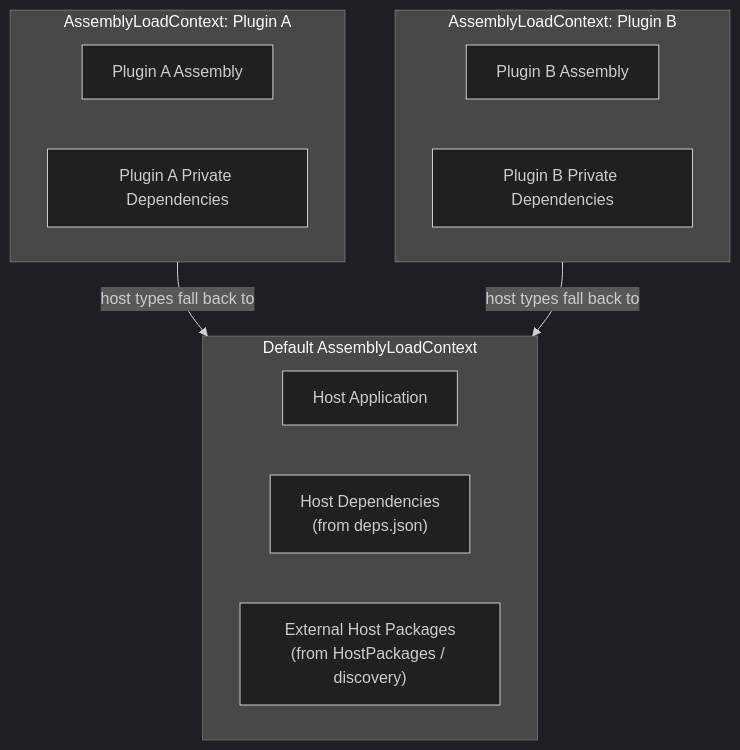
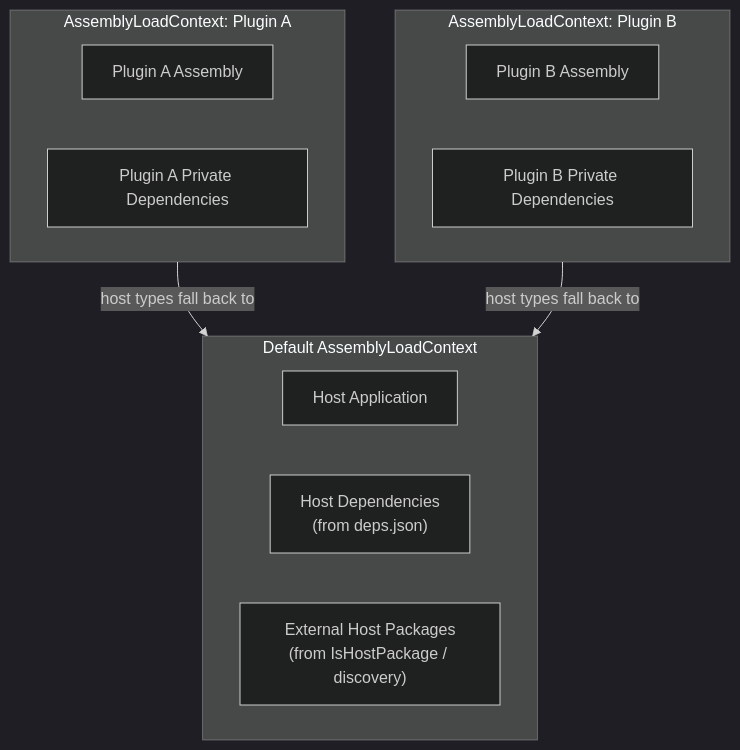
The second of 2 diagrams in src/HomeBlaze/Namotion.NuGet.Plugins/README.md (RicoSuter/Namotion.Interceptor), drawn with Mermaid (dark theme) before and after one commit. The commit also changed other lines of this file and 24 other files, not shown here.

Commit message:
feature: Replace HostPackages with IsHostPackage predicate for host assembly loading

````diff
--- a/src/HomeBlaze/Namotion.NuGet.Plugins/README.md
+++ b/src/HomeBlaze/Namotion.NuGet.Plugins/README.md
@@ -359,21 +369,21 @@
 ```mermaid
 flowchart TB
     subgraph DefaultALC["Default AssemblyLoadContext"]
         HostApp["Host Application"]
         HostDeps["Host Dependencies\n(from deps.json)"]
-        ExternalHost["External Host Packages\n(from HostPackages / discovery)"]
+        ExternalHost["External Host Packages\n(from IsHostPackage / discovery)"]
     end
 
     subgraph ALC_A["AssemblyLoadContext: Plugin A"]
         PluginA["Plugin A Assembly"]
         PrivateA["Plugin A Private Dependencies"]
     end
 
     subgraph ALC_B["AssemblyLoadContext: Plugin B"]
         PluginB["Plugin B Assembly"]
         PrivateB["Plugin B Private Dependencies"]
     end
 
     ALC_A -- "host types fall back to" --> DefaultALC
     ALC_B -- "host types fall back to" --> DefaultALC
 ```
````
